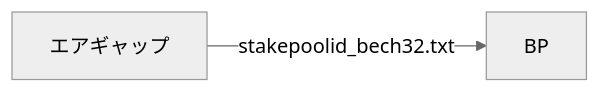
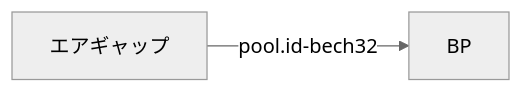
One commit to btbf/spojapanguild changed the fifth of 11 diagrams in docs/operation/pool-retire.md. Above: the diagram before and after it, drawn with Mermaid (neutral theme). The commit also changed other lines of this file and 7 other files, not shown here.

````diff
--- a/docs/operation/pool-retire.md
+++ b/docs/operation/pool-retire.md
@@ -254,4 +254,4 @@
     ``` mermaid
     graph LR
-        A[エアギャップ] -->|stakepoolid_bech32.txt| B[BP];
+        A[エアギャップ] -->|pool.id-bech32| B[BP];
     ```
````
